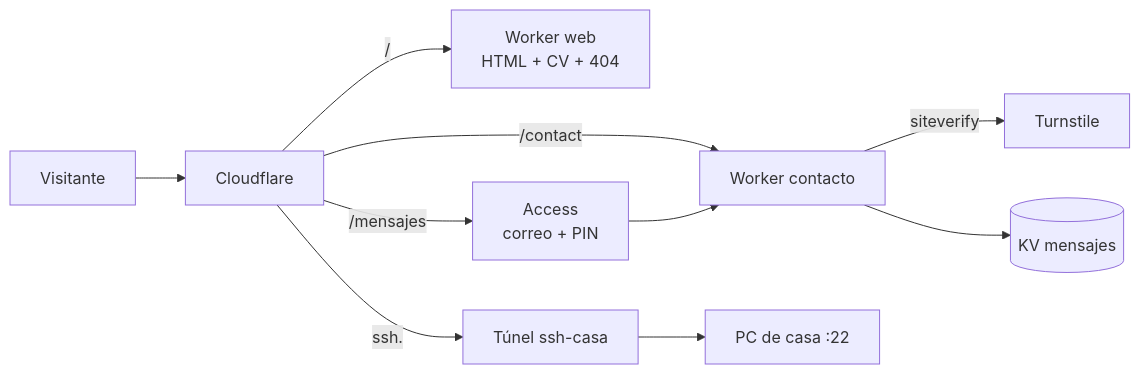
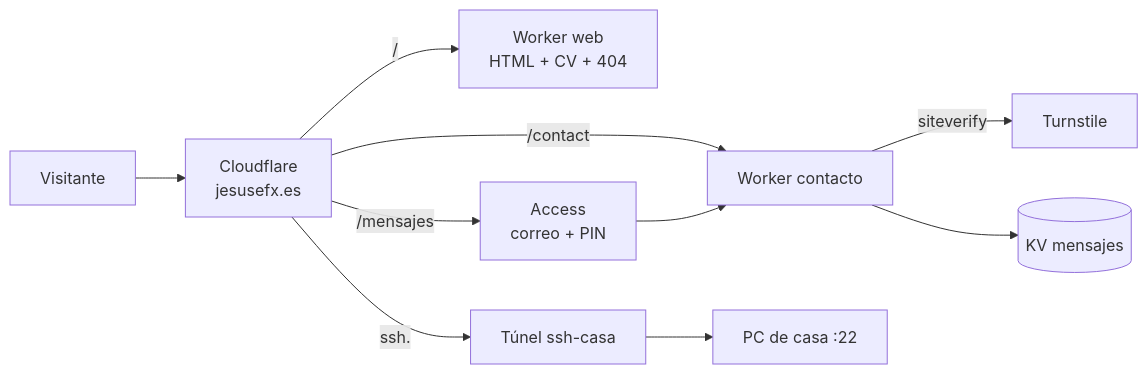
Before and after one commit to myheroxd/jesusefx-web: the diagram in README.md, drawn with Mermaid. The commit also changed other lines of this file and 1 other file, not shown here.

Commit message:
Restaurar el dominio real en la documentación

````diff
--- a/README.md
+++ b/README.md
@@ -25,11 +25,11 @@
 ```mermaid
 graph LR
-  U[Visitante] --> CF[Cloudflare<br/><dominio>]
+  U[Visitante] --> CF[Cloudflare<br/>jesusefx.es]
   CF -->|"/"| W[Worker web<br/>HTML + CV + 404]
   CF -->|"/contact"| C[Worker contacto]
   C -->|"siteverify"| T[Turnstile]
   C --> KV[(KV mensajes)]
   CF -->|"/mensajes"| A[Access<br/>correo + PIN]
   A --> C
   CF -->|"ssh."| TUN[Túnel ssh-casa] --> PC[PC de casa :22]
 ```
````
